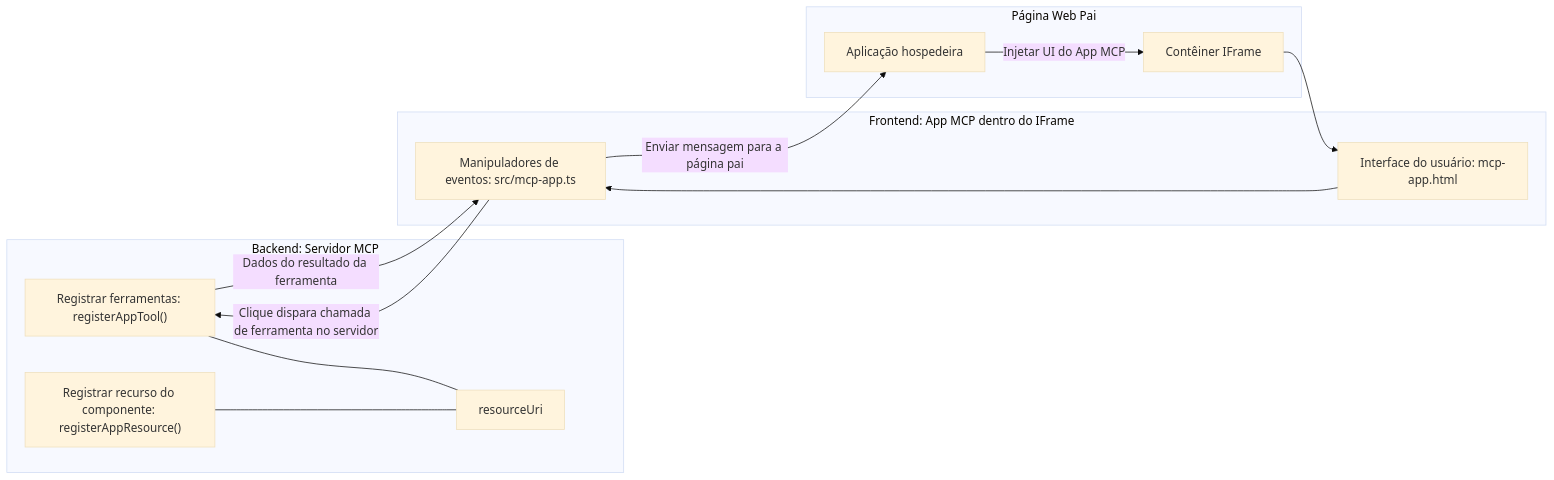
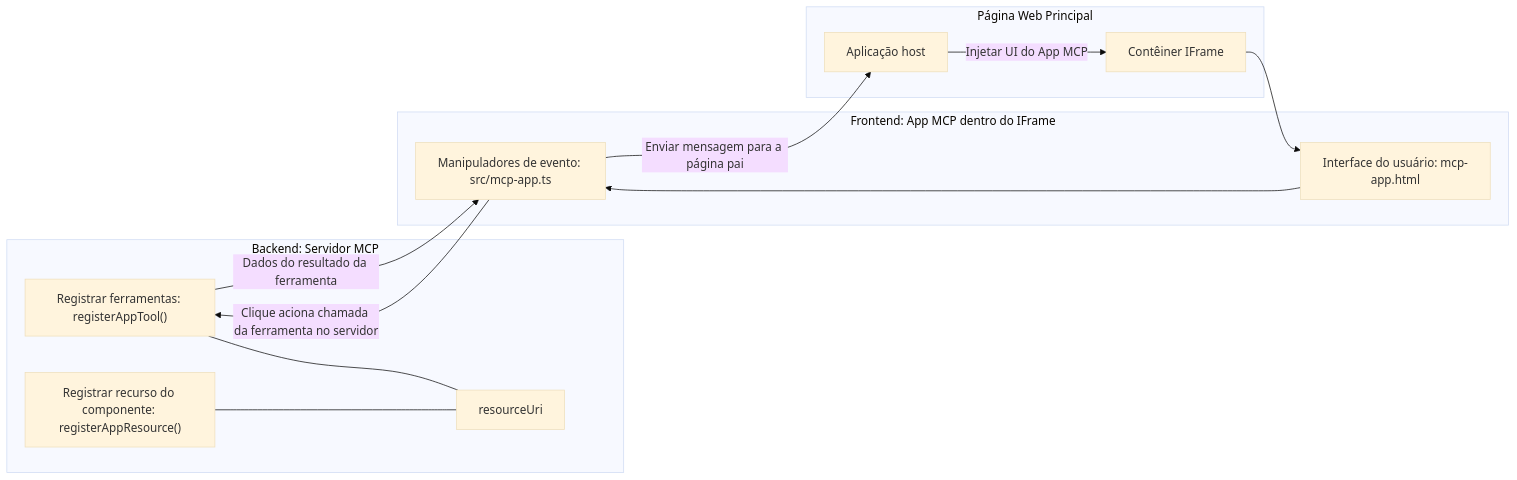
The diagram in mcp_ecosystem__model_context_protocol/mcp_learning_resources/mcp-for-beginners/translations/pt-BR/03-GettingStarted/15-mcp-apps/README.md (HIDORAKAI002/ai-workspace-archive), drawn with Mermaid (base theme) before and after one commit. The commit also changed other lines of this file and 1160 other files, not shown here.

````diff
--- a/mcp_ecosystem__model_context_protocol/mcp_learning_resources/mcp-for-beginners/translations/pt-BR/03-GettingStarted/15-mcp-apps/README.md
+++ b/mcp_ecosystem__model_context_protocol/mcp_learning_resources/mcp-for-beginners/translations/pt-BR/03-GettingStarted/15-mcp-apps/README.md
@@ -32,27 +32,27 @@
 ```mermaid
 flowchart LR
   subgraph Backend[Backend: Servidor MCP]
     T["Registrar ferramentas: registerAppTool()"]
     C["Registrar recurso do componente: registerAppResource()"]
     U[resourceUri]
     T --- U
     C --- U
   end
 
-  subgraph Parent[Página Web Pai]
-    H[Aplicação hospedeira]
+  subgraph Parent[Página Web Principal]
+    H[Aplicação host]
     IFRAME[Contêiner IFrame]
     H -->|Injetar UI do App MCP| IFRAME
   end
 
   subgraph Frontend[Frontend: App MCP dentro do IFrame]
     UI["Interface do usuário: mcp-app.html"]
-    EH["Manipuladores de eventos: src/mcp-app.ts"]
+    EH["Manipuladores de evento: src/mcp-app.ts"]
     UI --> EH
   end
 
   IFRAME --> UI
-  EH -->|Clique dispara chamada de ferramenta no servidor| T
+  EH -->|Clique aciona chamada da ferramenta no servidor| T
   T -->|Dados do resultado da ferramenta| EH
   EH -->|Enviar mensagem para a página pai| H
 ```
````
